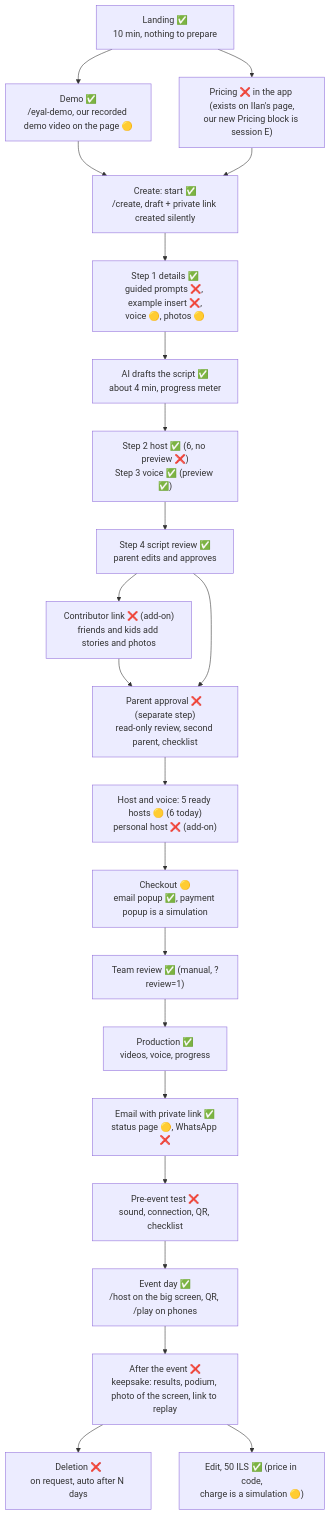
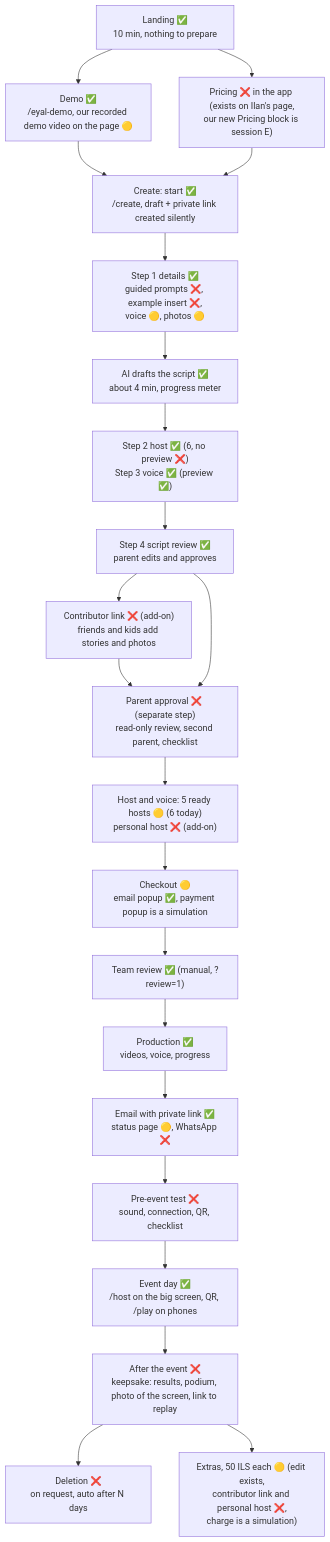
Before and after one commit to tanyarofman/tadam-us: the diagram in docs/onboarding-flow.md, drawn with Mermaid. The commit also changed other lines of this file, not shown here.

First line of the commit message:
docs: onboarding audit review, align prices with pricing.ts (750 / extras 50)

````diff
--- a/docs/onboarding-flow.md
+++ b/docs/onboarding-flow.md
@@ -93,24 +93,24 @@
 ```mermaid
 flowchart TD
   A["Landing ✅<br/>10 min, nothing to prepare"] --> B["Demo ✅<br/>/eyal-demo, our recorded demo video on the page 🟡"]
   A --> C["Pricing ❌ in the app (exists on Ilan's page,<br/>our new Pricing block is session E)"]
   B --> D
   C --> D["Create: start ✅<br/>/create, draft + private link created silently"]
   D --> E["Step 1 details ✅<br/>guided prompts ❌, example insert ❌,<br/>voice 🟡, photos 🟡"]
   E --> F["AI drafts the script ✅<br/>about 4 min, progress meter"]
   F --> G["Step 2 host ✅ (6, no preview ❌)<br/>Step 3 voice ✅ (preview ✅)"]
   G --> H["Step 4 script review ✅<br/>parent edits and approves"]
   H --> I["Contributor link ❌ (add-on)<br/>friends and kids add stories and photos"]
   I --> J["Parent approval ❌ (separate step)<br/>read-only review, second parent, checklist"]
   H --> J
   J --> K["Host and voice: 5 ready hosts 🟡 (6 today)<br/>personal host ❌ (add-on)"]
   K --> L["Checkout 🟡<br/>email popup ✅, payment popup is a simulation"]
   L --> M["Team review ✅ (manual, ?review=1)"]
   M --> N["Production ✅<br/>videos, voice, progress"]
   N --> O["Email with private link ✅<br/>status page 🟡, WhatsApp ❌"]
   O --> P["Pre-event test ❌<br/>sound, connection, QR, checklist"]
   P --> Q["Event day ✅<br/>/host on the big screen, QR, /play on phones"]
   Q --> R["After the event ❌<br/>keepsake: results, podium, photo of the screen, link to replay"]
   R --> S["Deletion ❌<br/>on request, auto after N days"]
-  R --> T["Edit, 50 ILS ✅ (price in code,<br/>charge is a simulation 🟡)"]
+  R --> T["Extras, 50 ILS each 🟡 (edit exists,<br/>contributor link and personal host ❌,<br/>charge is a simulation)"]
 ```
````
